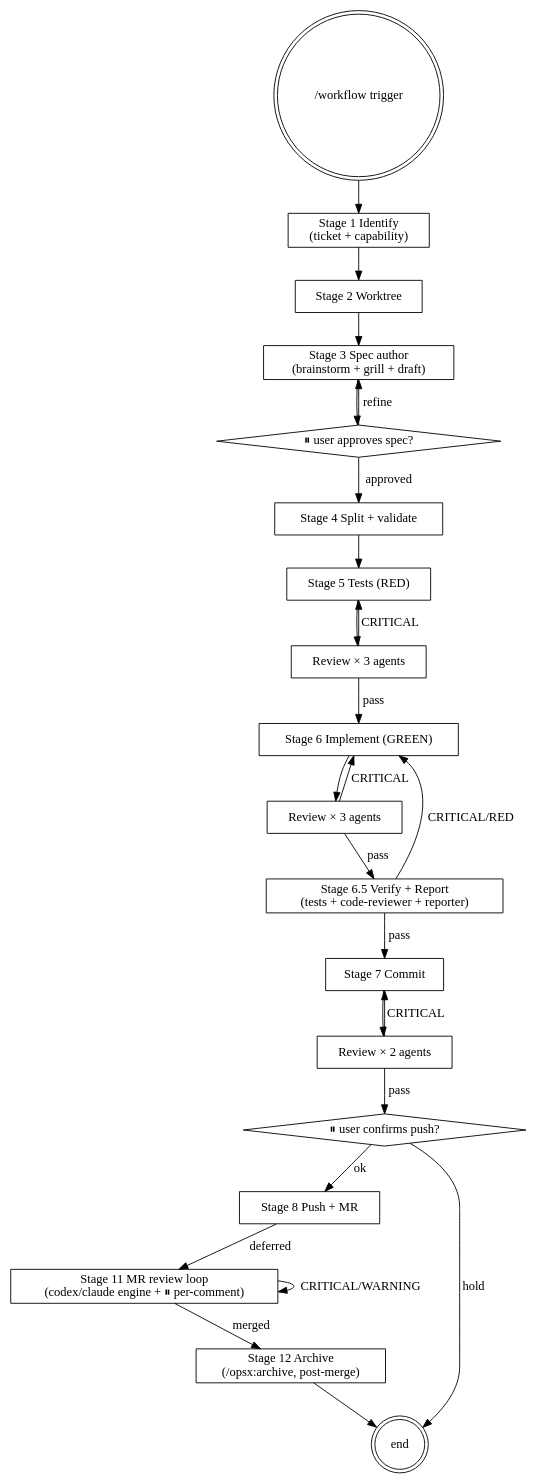
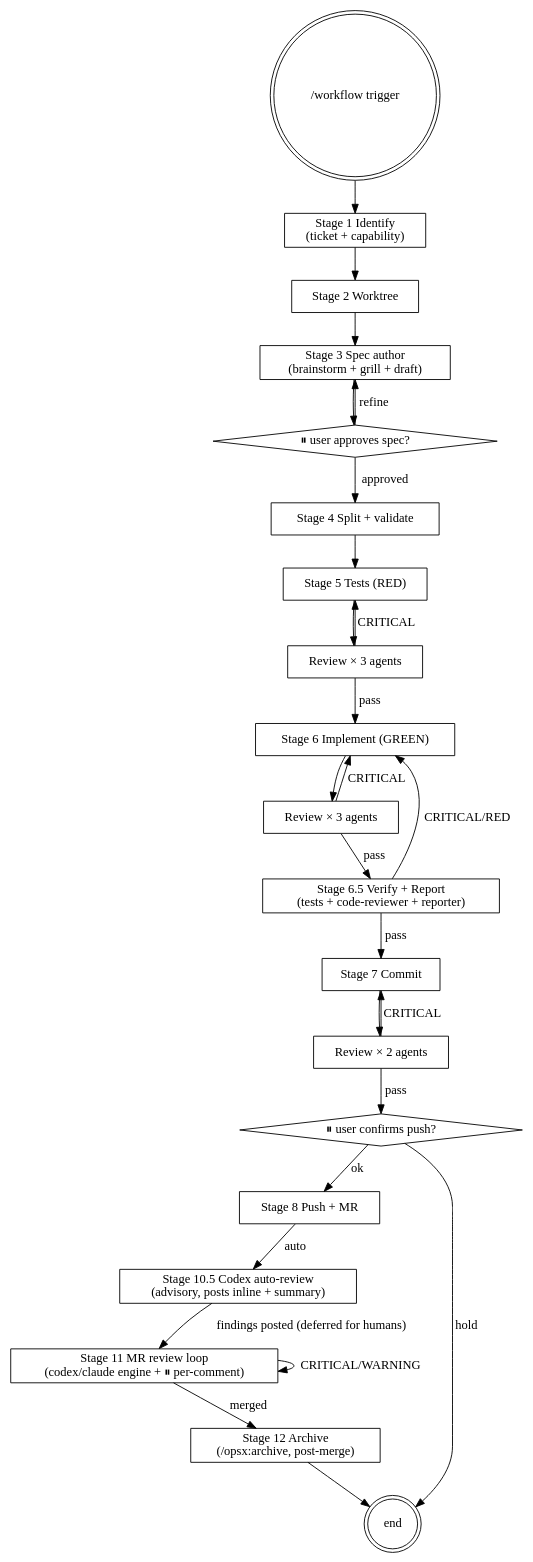
Before and after one commit to Chiao75543/claude-workflow: the diagram in skills/workflow-orchestrator/SKILL.md, drawn with Graphviz. The commit also changed other lines of this file and 1 other file, not shown here.

First line of the commit message:
add: Stage 10.5 — codex auto-review (advisory) after push

````diff
--- a/skills/workflow-orchestrator/SKILL.md
+++ b/skills/workflow-orchestrator/SKILL.md
@@ -25,43 +25,45 @@
 ```dot
 digraph workflow {
   start [shape=doublecircle, label="/workflow trigger"];
   ident [shape=box, label="Stage 1 Identify\n(ticket + capability)"];
   wt [shape=box, label="Stage 2 Worktree"];
   spec [shape=box, label="Stage 3 Spec author\n(brainstorm + grill + draft)"];
   user1 [shape=diamond, label="⏸ user approves spec?"];
   split [shape=box, label="Stage 4 Split + validate"];
   tests [shape=box, label="Stage 5 Tests (RED)"];
   rev_t [shape=box, label="Review × 3 agents"];
   impl [shape=box, label="Stage 6 Implement (GREEN)"];
   rev_i [shape=box, label="Review × 3 agents"];
   verify_report [shape=box, label="Stage 6.5 Verify + Report\n(tests + code-reviewer + reporter)"];
   commit [shape=box, label="Stage 7 Commit"];
   rev_c [shape=box, label="Review × 2 agents"];
   user2 [shape=diamond, label="⏸ user confirms push?"];
   push [shape=box, label="Stage 8 Push + MR"];
   done [shape=doublecircle, label="end"];
 
   start -> ident -> wt -> spec -> user1;
   user1 -> spec [label="refine"];
   user1 -> split [label="approved"];
   split -> tests -> rev_t;
   rev_t -> tests [label="CRITICAL"];
   rev_t -> impl [label="pass"];
   impl -> rev_i;
   rev_i -> impl [label="CRITICAL"];
   rev_i -> verify_report [label="pass"];
   verify_report -> impl [label="CRITICAL/RED"];
   verify_report -> commit [label="pass"];
   commit -> rev_c;
   rev_c -> commit [label="CRITICAL"];
   rev_c -> user2 [label="pass"];
+  codex_rev [shape=box, label="Stage 10.5 Codex auto-review\n(advisory, posts inline + summary)"];
   mr_loop [shape=box, label="Stage 11 MR review loop\n(codex/claude engine + ⏸ per-comment)"];
   archive [shape=box, label="Stage 12 Archive\n(/opsx:archive, post-merge)"];
   user2 -> push [label="ok"];
   user2 -> done [label="hold"];
-  push -> mr_loop [label="deferred"];
+  push -> codex_rev [label="auto"];
+  codex_rev -> mr_loop [label="findings posted (deferred for humans)"];
   mr_loop -> mr_loop [label="CRITICAL/WARNING"];
   mr_loop -> archive [label="merged"];
   archive -> done;
 }
 ```
````
